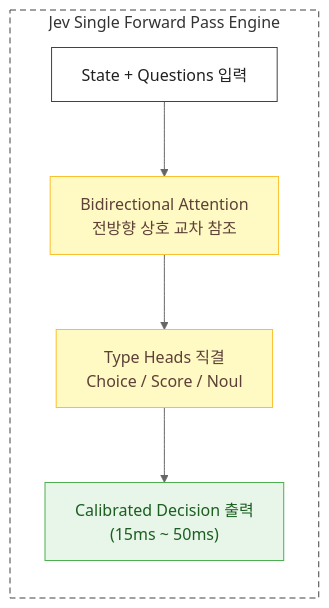
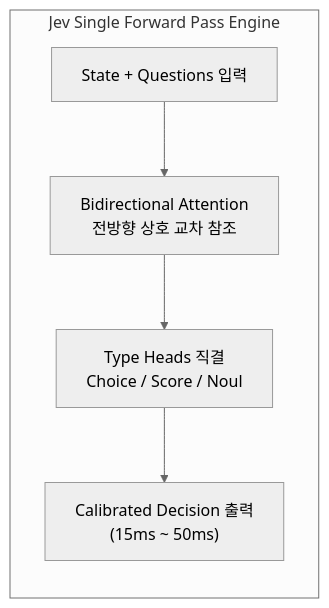
The second of 3 diagrams in docs/agent/jev의 등장으로 살펴본 기존 LLM 방식의 구체적인 과정과 jev와의 차이점.md (djpibo/djpibo.github.io), drawn with Mermaid (neutral theme) before and after one commit. The commit also changed other lines of this file and 8 other files, not shown here.

Commit message:
style(mermaid): unify all diagrams to monochrome and remove colored rect boxes

````diff
--- a/docs/agent/jev의 등장으로 살펴본 기존 LLM 방식의 구체적인 과정과 jev와의 차이점.md
+++ b/docs/agent/jev의 등장으로 살펴본 기존 LLM 방식의 구체적인 과정과 jev와의 차이점.md
@@ -434,16 +429,11 @@
 ```mermaid
 flowchart LR
     subgraph JEV_PIPELINE ["Jev Single Forward Pass Engine"]
-        style JEV_PIPELINE stroke:#424242,stroke-dasharray: 6 4,fill:none
-        J_IN["State + Questions 입력"]:::coreNode
-        J_BI["Bidirectional Attention<br/>전방향 상호 교차 참조"]:::processNode
-        J_HEAD["Type Heads 직결<br/>Choice / Score / Noul"]:::processNode
-        J_OUT["Calibrated Decision 출력<br/>(15ms ~ 50ms)"]:::dbNode
+        J_IN["State + Questions 입력"]
+        J_BI["Bidirectional Attention<br/>전방향 상호 교차 참조"]
+        J_HEAD["Type Heads 직결<br/>Choice / Score / Noul"]
+        J_OUT["Calibrated Decision 출력<br/>(15ms ~ 50ms)"]
     end
 
     J_IN --> J_BI --> J_HEAD --> J_OUT
-
-    classDef coreNode fill:#FFFFFF,stroke:#424242,color:#212121;
-    classDef processNode fill:#FFF9C4,stroke:#FBC02D,color:#5D4037;
-    classDef dbNode fill:#E8F5E9,stroke:#4CAF50,color:#1B5E20;
 ```
````
